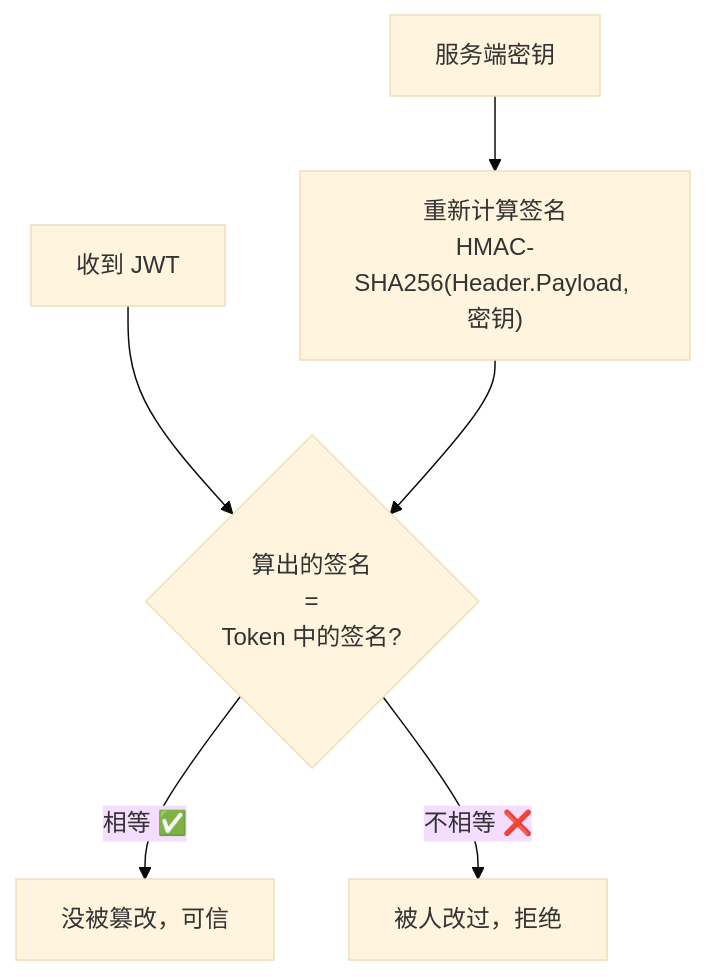
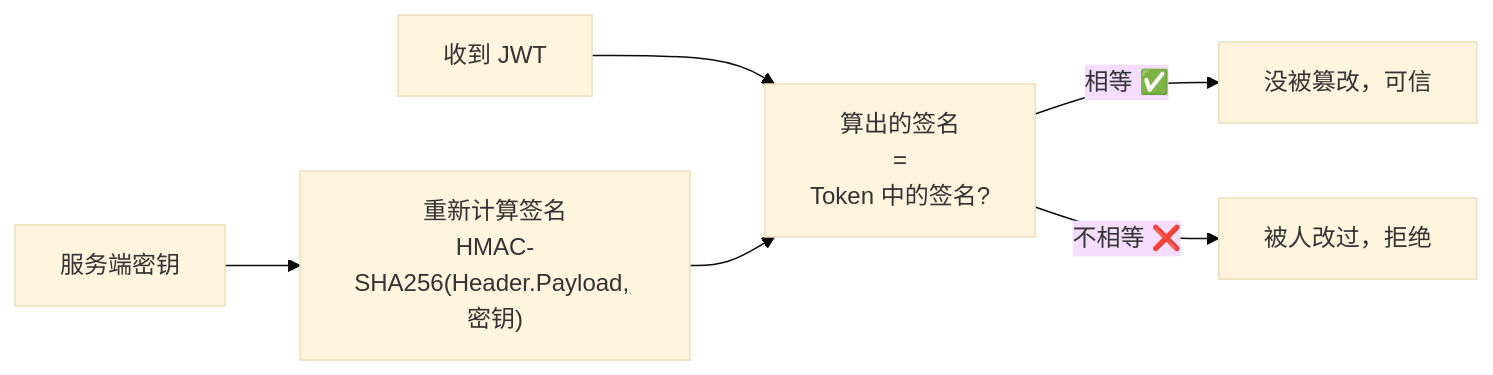
Before and after one commit to rebibabo/rebibabo.github.io: the diagram in images/Java-advanced/IMG-20260707-000014.mmd, drawn with Mermaid (base theme). The commit also changed 104 other files, not shown here.

```diff
--- a/images/Java-advanced/IMG-20260707-000014.mmd
+++ b/images/Java-advanced/IMG-20260707-000014.mmd
@@ -1,6 +1,6 @@
-graph TB
+graph LR
     Key["服务端密钥"] --> Compute["重新计算签名<br/>HMAC-SHA256(Header.Payload, 密钥)"]
-    Token["收到 JWT"] --> Compare{"算出的签名<br/>=<br/>Token 中的签名?"}
+    Token["收到 JWT"] --> Compare[""算出的签名<br/>=<br/>Token 中的签名?""]
     Compute --> Compare
     Compare -->|相等 ✅| Trust["没被篡改，可信"]
     Compare -->|不相等 ❌| Reject["被人改过，拒绝"]
```
